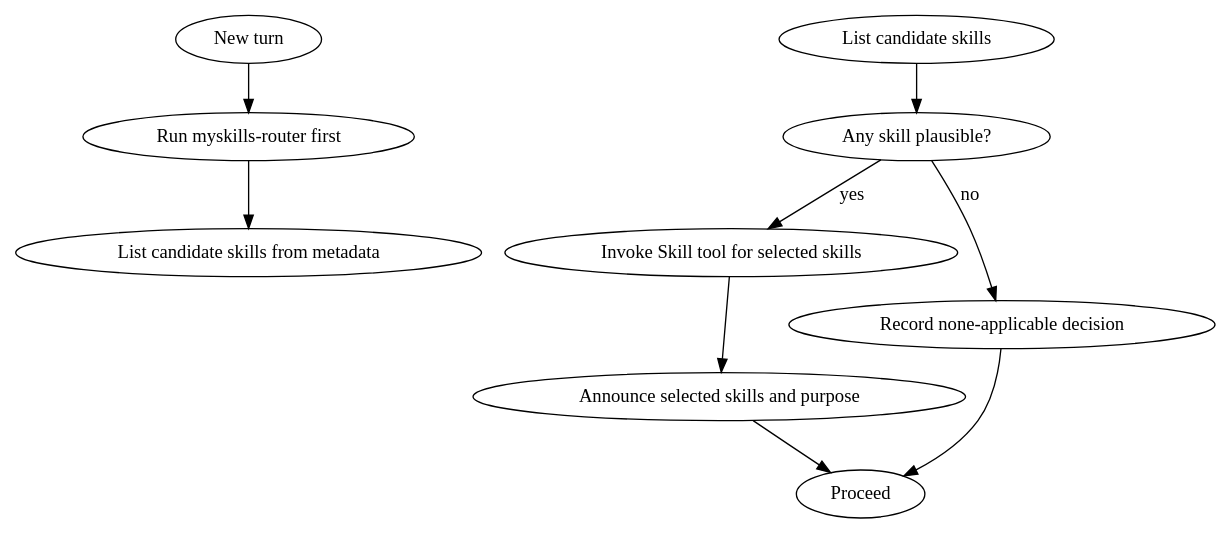
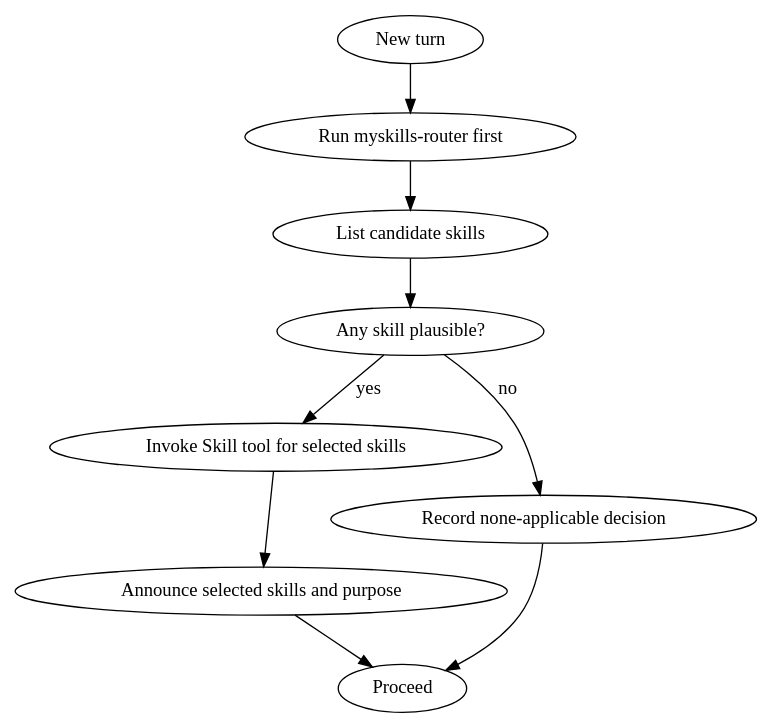
The diagram in builtin-skills/myskills-router/SKILL.md (chengzi2333/MySkills-Manager-Mac), drawn with Graphviz before and after one commit. The commit also changed other lines of this file and 7 other files, not shown here.

````diff
--- a/builtin-skills/myskills-router/SKILL.md
+++ b/builtin-skills/myskills-router/SKILL.md
@@ -39,12 +19,12 @@
 ```dot
 digraph myskills_router {
   "New turn" -> "Run myskills-router first";
-  "Run myskills-router first" -> "List candidate skills from metadata";
+  "Run myskills-router first" -> "List candidate skills";
   "List candidate skills" -> "Any skill plausible?";
   "Any skill plausible?" -> "Invoke Skill tool for selected skills" [label="yes"];
   "Any skill plausible?" -> "Record none-applicable decision" [label="no"];
   "Invoke Skill tool for selected skills" -> "Announce selected skills and purpose";
   "Record none-applicable decision" -> "Proceed";
   "Announce selected skills and purpose" -> "Proceed";
 }
 ```
````
